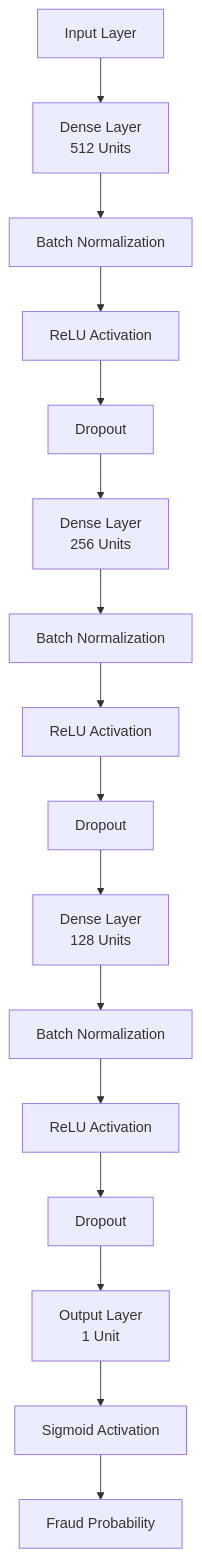
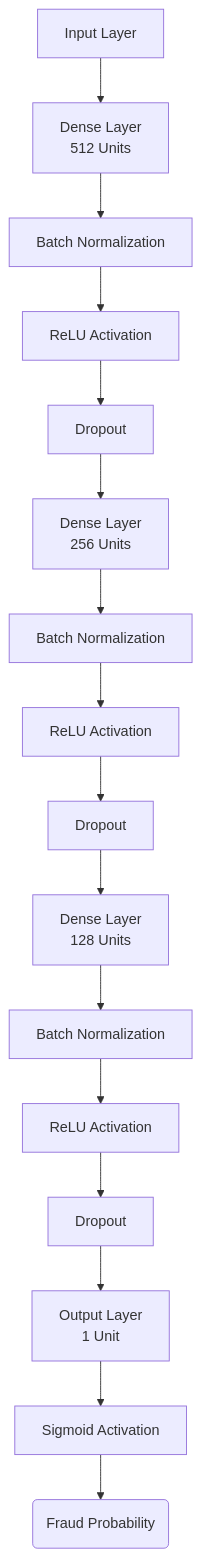
Before and after one commit to zubi9/Credit-Card-Fraud-Detection-using-Machine-Learning-and-Deep-Learning: the first of 2 diagrams in README.md, drawn with Mermaid. The commit also changed other lines of this file, not shown here.

````diff
--- a/README.md
+++ b/README.md
@@ -175,23 +150,23 @@
 ```mermaid
 flowchart TD
     A[Input Layer]
 
     A --> B[Dense Layer<br/>512 Units]
     B --> C[Batch Normalization]
     C --> D[ReLU Activation]
     D --> E[Dropout]
 
     E --> F[Dense Layer<br/>256 Units]
     F --> G[Batch Normalization]
     G --> H[ReLU Activation]
     H --> I[Dropout]
 
     I --> J[Dense Layer<br/>128 Units]
     J --> K[Batch Normalization]
     K --> L[ReLU Activation]
     L --> M[Dropout]
 
     M --> N[Output Layer<br/>1 Unit]
     N --> O[Sigmoid Activation]
-    O --> P[Fraud Probability]
+    O --> P(Fraud Probability)
 ```
````
